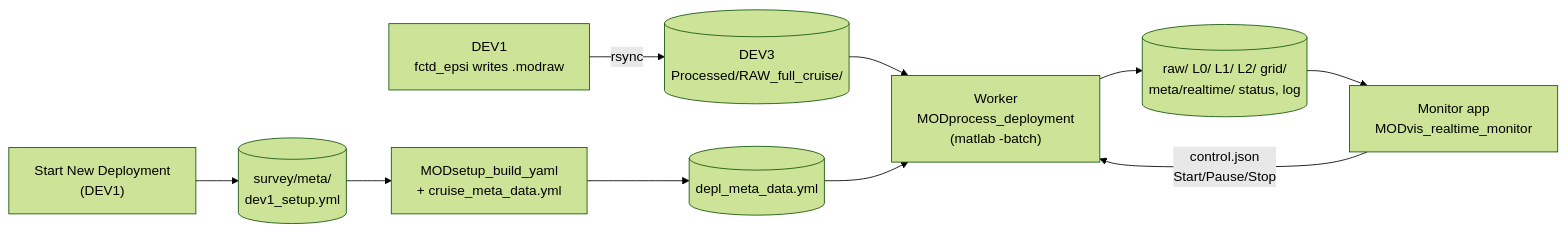
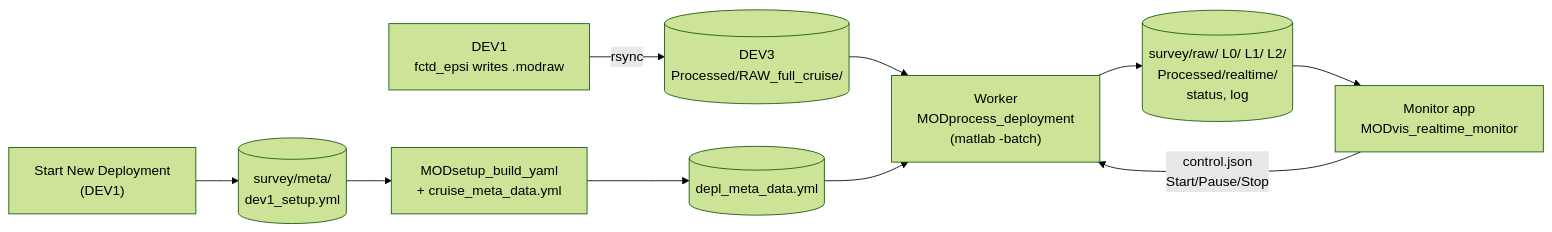
One commit to nicolecouto/MOD_fish_processing changed the diagram in docs/workflow/realtime_processing.md. Above: the diagram before and after it, drawn with Mermaid (forest theme). The commit also changed other lines of this file and 29 other files, not shown here.

First line of the commit message:
Add realtime worker MODprocess_deployment: raw routing, L1 cache, cast table, simulator

````diff
--- a/docs/workflow/realtime_processing.md
+++ b/docs/workflow/realtime_processing.md
@@ -68,11 +69,11 @@
 ```mermaid
 flowchart LR
   DEV1["DEV1<br/>fctd_epsi writes .modraw"] -->|rsync| RAW[("DEV3<br/>Processed/RAW_full_cruise/")]
   SND["Start New Deployment<br/>(DEV1)"] --> YML[("survey/meta/<br/>dev1_setup.yml")]
   YML --> BUILD["MODsetup_build_yaml<br/>+ cruise_meta_data.yml"] --> DEPL[("depl_meta_data.yml")]
   RAW --> W["Worker<br/>MODprocess_deployment<br/>(matlab -batch)"]
   DEPL --> W
-  W --> FILES[("raw/ L0/ L1/ L2/ grid/<br/>meta/realtime/ status, log")]
+  W --> FILES[("survey/raw/ L0/ L1/ L2/<br/>Processed/realtime/<br/>status, log")]
   FILES --> APP["Monitor app<br/>MODvis_realtime_monitor"]
   APP -->|"control.json<br/>Start/Pause/Stop"| W
 ```
````
